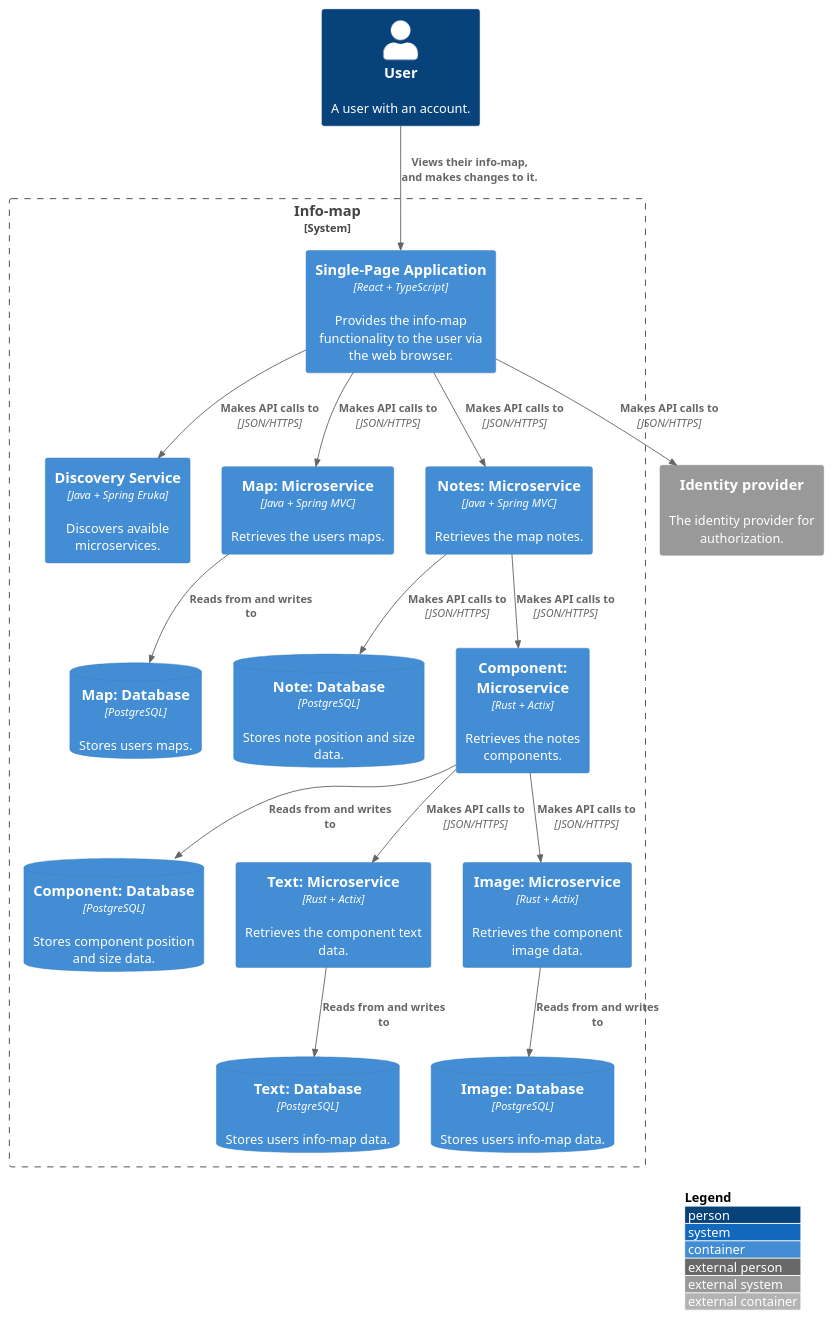
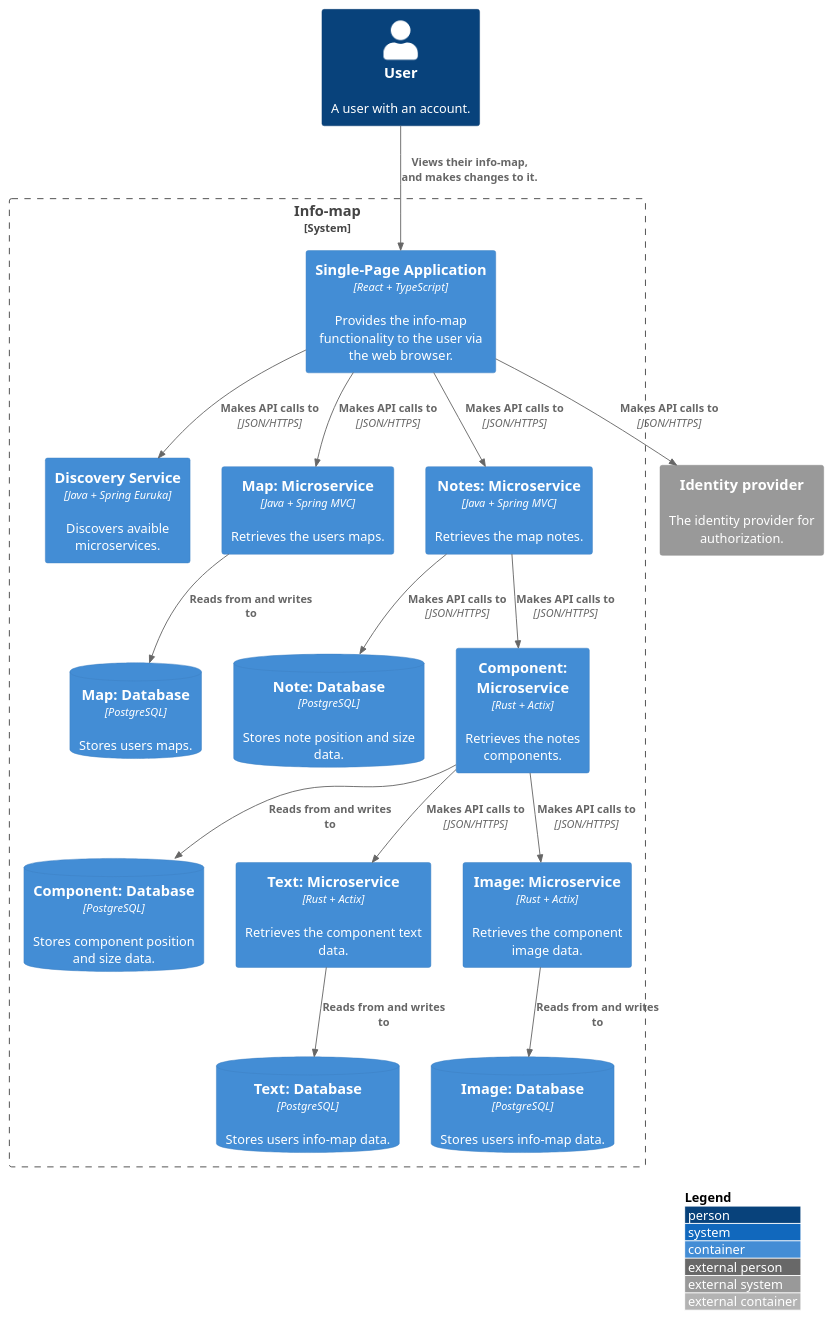
Before and after one commit to FHICT-S-Koen/info-map-docs: the diagram in diagrams/container.puml, drawn with PlantUML.

Commit message:
fixed a typo

```diff
--- a/diagrams/container.puml
+++ b/diagrams/container.puml
@@ -1,48 +1,48 @@
 @startuml C4_Elements
 !include https://raw.githubusercontent.com/plantuml-stdlib/C4-PlantUML/master/C4_Container.puml
 
 LAYOUT_WITH_LEGEND()
 
 Person(user, "User", "A user with an account.")
 
 System_Ext(auth, "Identity provider", "The identity provider for authorization.")
 
 System_Boundary(boundry, "Info-map"){
 	Container(spa, "Single-Page Application", "React + TypeScript", "Provides the info-map functionality to the user via the web browser.")
 
-	Container(api, "Discovery Service", "Java + Spring Eruka", "Discovers avaible microservices.")
+	Container(api, "Discovery Service", "Java + Spring Euruka", "Discovers avaible microservices.")
 	
 	Container(map_service, "Map: Microservice", "Java + Spring MVC", "Retrieves the users maps.")
 	ContainerDb(map_db, "Map: Database", "PostgreSQL", "Stores users maps.")
 
 	Container(note_service, "Notes: Microservice", "Java + Spring MVC", "Retrieves the map notes.")
 	ContainerDb(note_db, "Note: Database", "PostgreSQL", "Stores note position and size data.")
 
 	Container(component_service, "Component: Microservice", "Rust + Actix", "Retrieves the notes components.")
 	ContainerDb(component_db, "Component: Database", "PostgreSQL", "Stores component position and size data.")
 
 	Container(text_service, "Text: Microservice", "Rust + Actix", "Retrieves the component text data.")
 	ContainerDb(text_db, "Text: Database", "PostgreSQL", "Stores users info-map data.")
 
 	Container(image_service, "Image: Microservice", "Rust + Actix", "Retrieves the component image data.")
 	ContainerDb(image_db, "Image: Database", "PostgreSQL", "Stores users info-map data.")
 }
 Rel(user, spa, "Views their info-map, and makes changes to it.")
 
 Rel(spa, api, "Makes API calls to", "JSON/HTTPS")
 Rel(spa, auth, "Makes API calls to", "JSON/HTTPS")
 
 Rel(spa, map_service, "Makes API calls to", "JSON/HTTPS")
 Rel(map_service, map_db, "Reads from and writes to")
 
 Rel(spa, note_service, "Makes API calls to", "JSON/HTTPS")
 Rel(note_service, component_service, "Makes API calls to", "JSON/HTTPS")
 Rel(note_service, note_db, "Makes API calls to", "JSON/HTTPS")
 
 Rel(component_service, image_service, "Makes API calls to", "JSON/HTTPS")
 Rel(component_service, text_service, "Makes API calls to", "JSON/HTTPS")
 
 Rel(component_service, component_db, "Reads from and writes to")
 Rel(text_service, text_db, "Reads from and writes to")
 Rel(image_service, image_db, "Reads from and writes to")
 @enduml
```
